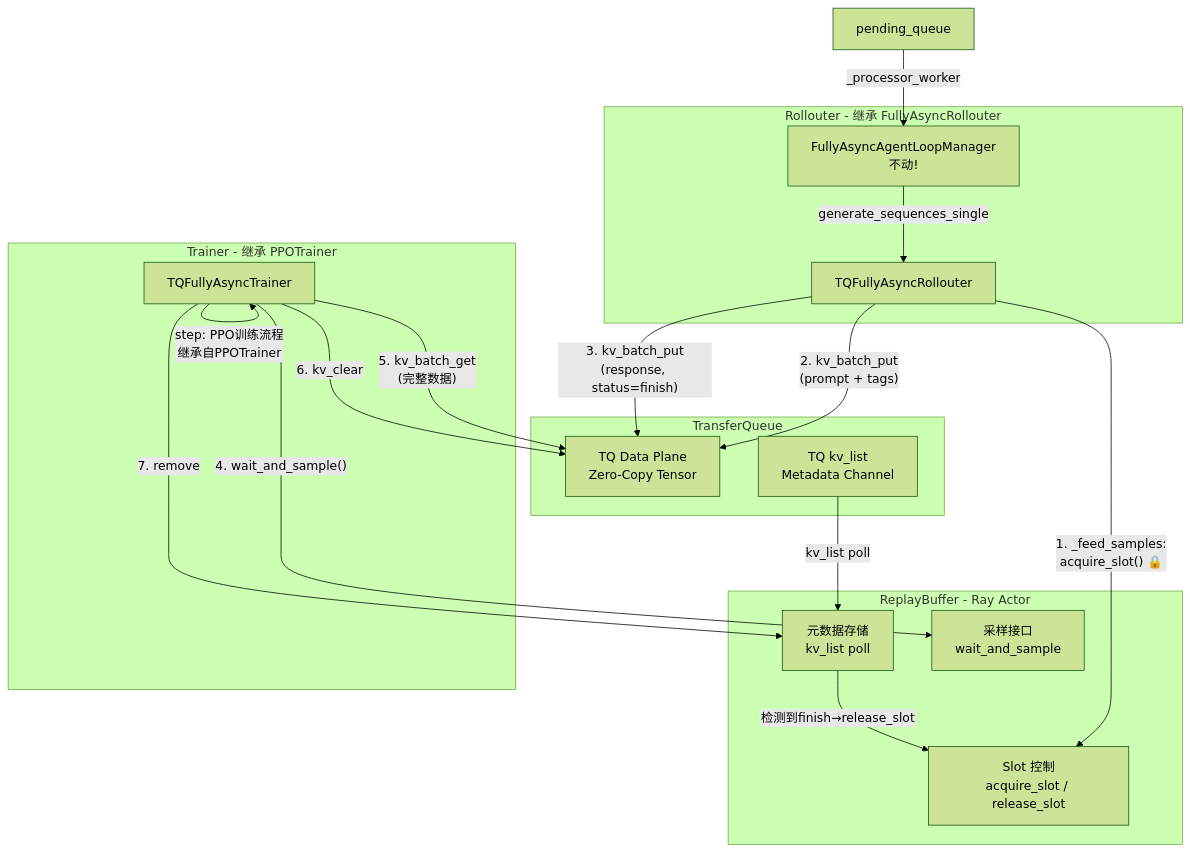
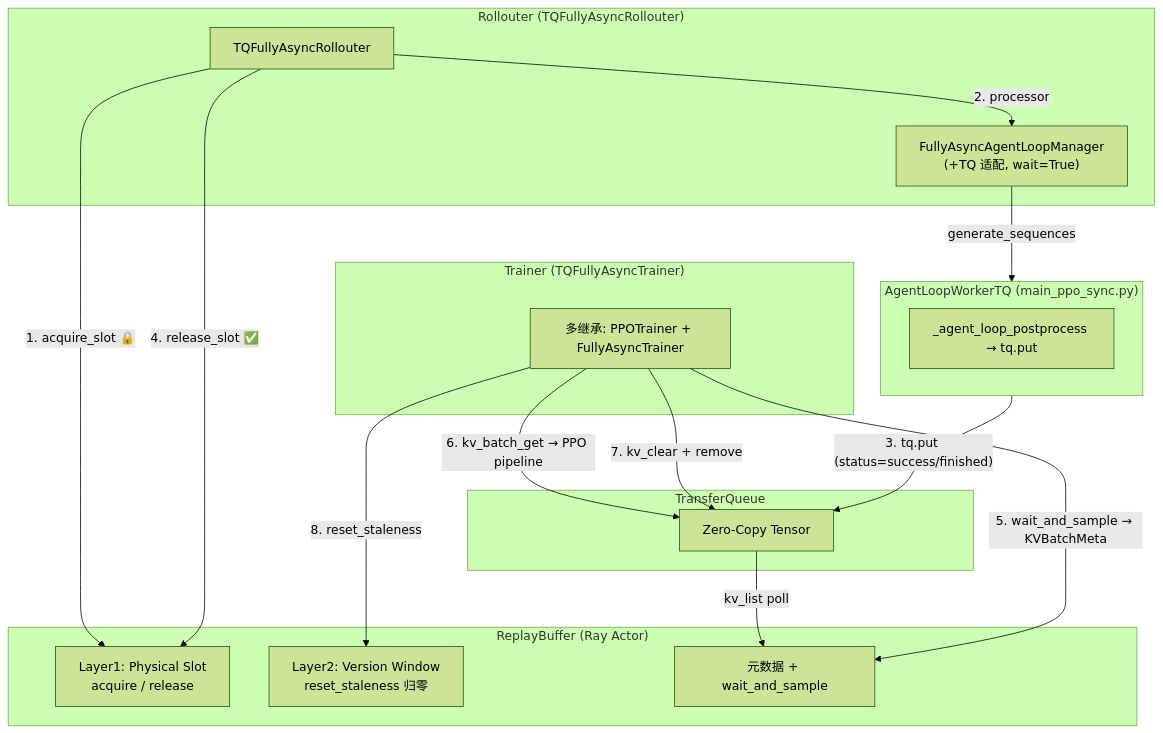
One commit to meituan-search/verl changed the second of 4 diagrams in verl/experimental/fully_async_policy/README_tq.md. Above: the diagram before and after it, drawn with Mermaid (forest theme). The commit also changed other lines of this file and 6 other files, not shown here.

````diff
--- a/verl/experimental/fully_async_policy/README_tq.md
+++ b/verl/experimental/fully_async_policy/README_tq.md
@@ -60,35 +61,36 @@
 ```mermaid
 graph TB
-    subgraph Rollouter[Rollouter - 继承 FullyAsyncRollouter]
+    subgraph Rollouter["Rollouter (TQFullyAsyncRollouter)"]
         RM[TQFullyAsyncRollouter]
-        ALM[FullyAsyncAgentLoopManager<br/>不动!]
+        ALM["FullyAsyncAgentLoopManager<br/>(+TQ 适配, wait=True)"]
     end
 
-    subgraph RB[ReplayBuffer - Ray Actor]
-        RB_SLOT[Slot 控制<br/>acquire_slot / release_slot]
-        RB_META[元数据存储<br/>kv_list poll]
-        RB_SAMPLE[采样接口<br/>wait_and_sample]
+    subgraph RB["ReplayBuffer (Ray Actor)"]
+        RB_SLOT["Layer1: Physical Slot<br/>acquire / release"]
+        RB_VER["Layer2: Version Window<br/>reset_staleness 归零"]
+        RB_META["元数据 + wait_and_sample"]
     end
 
     subgraph TQ[TransferQueue]
-        TQ_DATA[TQ Data Plane<br/>Zero-Copy Tensor]
-        TQ_META[TQ kv_list<br/>Metadata Channel]
+        TQ_DATA["Zero-Copy Tensor"]
     end
 
-    subgraph Trainer[Trainer - 继承 PPOTrainer]
-        TM[TQFullyAsyncTrainer]
+    subgraph Worker["AgentLoopWorkerTQ (main_ppo_sync.py)"]
+        W_POST["_agent_loop_postprocess → tq.put"]
     end
 
-    RM -->|"1. _feed_samples:<br/>acquire_slot() 🔒"| RB_SLOT
-    RM -->|"2. kv_batch_put<br/>(prompt + tags)"| TQ_DATA
-    PQ[pending_queue] -->|_processor_worker| ALM
-    ALM -->|generate_sequences_single| RM
-    RM -->|"3. kv_batch_put<br/>(response, status=finish)"| TQ_DATA
-    TQ_META -->|kv_list poll| RB_META
-    RB_META -->|检测到finish→release_slot| RB_SLOT
-    TM -->|"4. wait_and_sample()"| RB_SAMPLE
-    TM -->|"5. kv_batch_get<br/>(完整数据)"| TQ_DATA
-    TM -->|step: PPO训练流程<br/>继承自PPOTrainer| TM
-    TM -->|"6. kv_clear"| TQ_DATA
-    TM -->|"7. remove"| RB_META
+    subgraph Trainer["Trainer (TQFullyAsyncTrainer)"]
+        TM["多继承: PPOTrainer + FullyAsyncTrainer"]
+    end
+
+    RM -->|" 1. acquire_slot 🔒 "| RB_SLOT
+    RM -->|" 2. processor "| ALM
+    ALM -->|generate_sequences| Worker
+    Worker -->|" 3. tq.put (status=success/finished) "| TQ_DATA
+    TQ_DATA -->|kv_list poll| RB_META
+    RM -->|" 4. release_slot ✅ "| RB_SLOT
+    TM -->|" 5. wait_and_sample → KVBatchMeta "| RB_META
+    TM -->|" 6. kv_batch_get → PPO pipeline "| TQ_DATA
+    TM -->|" 7. kv_clear + remove "| TQ_DATA
+    TM -->|" 8. reset_staleness "| RB_VER
 ```
````
